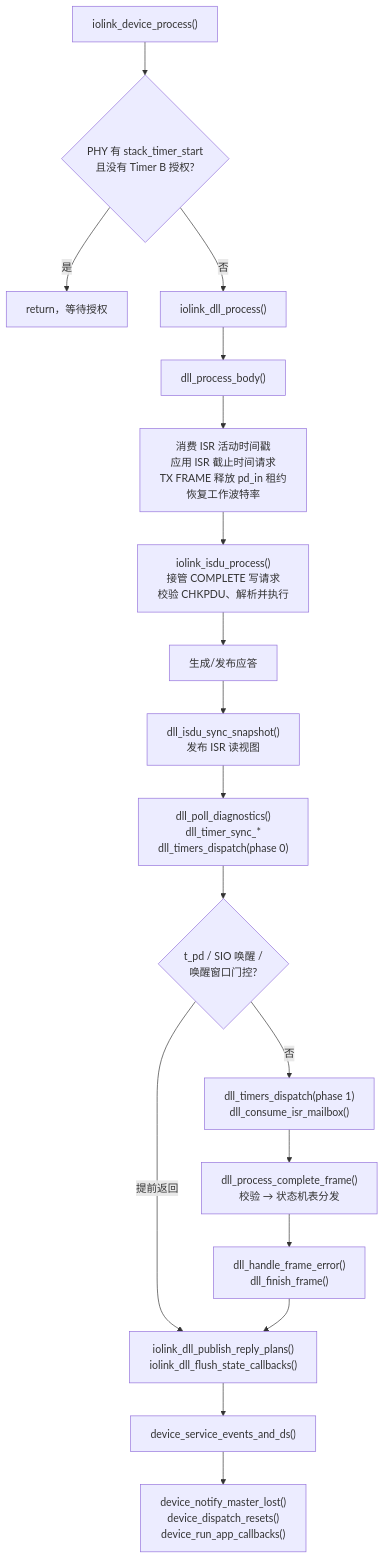
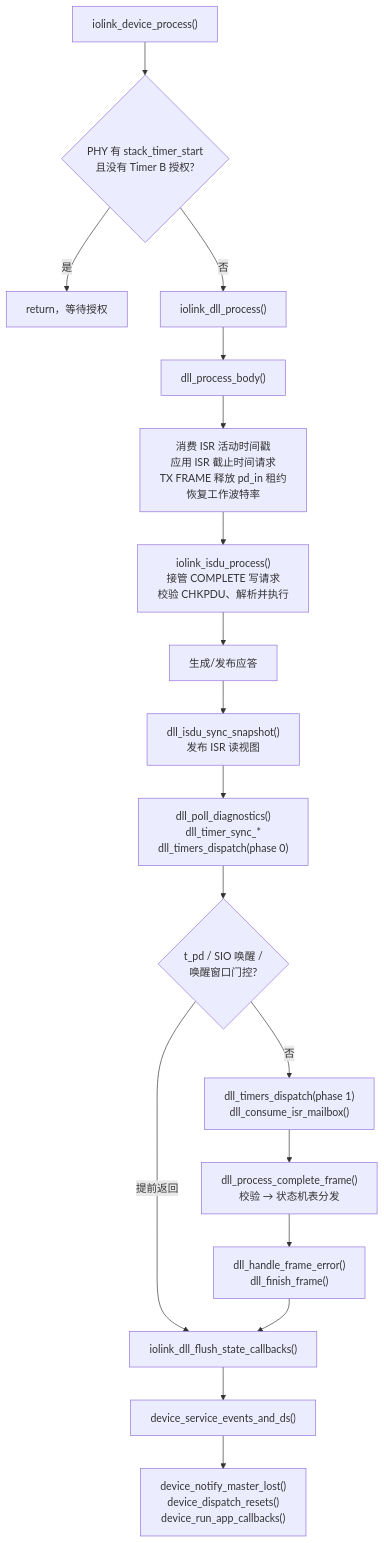
Before and after one commit to Adlyq/iolinki: the fifth of 17 diagrams in docs/CODE_FLOW.md, drawn with Mermaid. The commit also changed other lines of this file and 22 other files, not shown here.

````diff
--- a/docs/CODE_FLOW.md
+++ b/docs/CODE_FLOW.md
@@ -322,20 +322,20 @@
 ```mermaid
 flowchart TD
     A["iolink_device_process()"] --> B{"PHY 有 stack_timer_start<br/>且没有 Timer B 授权?"}
     B -- 是 --> Z["return，等待授权"]
     B -- 否 --> C["iolink_dll_process()"]
     C --> C1["dll_process_body()"]
     C1 --> C2["消费 ISR 活动时间戳<br/>应用 ISR 截止时间请求<br/>TX FRAME 释放 pd_in 租约<br/>恢复工作波特率"]
     C2 --> D["iolink_isdu_process()<br/>接管 COMPLETE 写请求<br/>校验 CHKPDU、解析并执行"]
     D --> E["生成/发布应答"]
     E --> F["dll_isdu_sync_snapshot()<br/>发布 ISR 读视图"]
     F --> G["dll_poll_diagnostics()<br/>dll_timer_sync_*<br/>dll_timers_dispatch(phase 0)"]
     G --> G1{"t_pd / SIO 唤醒 /<br/>唤醒窗口门控?"}
     G1 -- 提前返回 --> H
     G1 -- 否 --> G2["dll_timers_dispatch(phase 1)<br/>dll_consume_isr_mailbox()"]
     G2 --> K["dll_process_complete_frame()<br/>校验 → 状态机表分发"]
     K --> K1["dll_handle_frame_error()<br/>dll_finish_frame()"]
-    K1 --> H["iolink_dll_publish_reply_plans()<br/>iolink_dll_flush_state_callbacks()"]
+    K1 --> H["iolink_dll_flush_state_callbacks()"]
     H --> L["device_service_events_and_ds()"]
     L --> M["device_notify_master_lost()<br/>device_dispatch_resets()<br/>device_run_app_callbacks()"]
 ```
````
